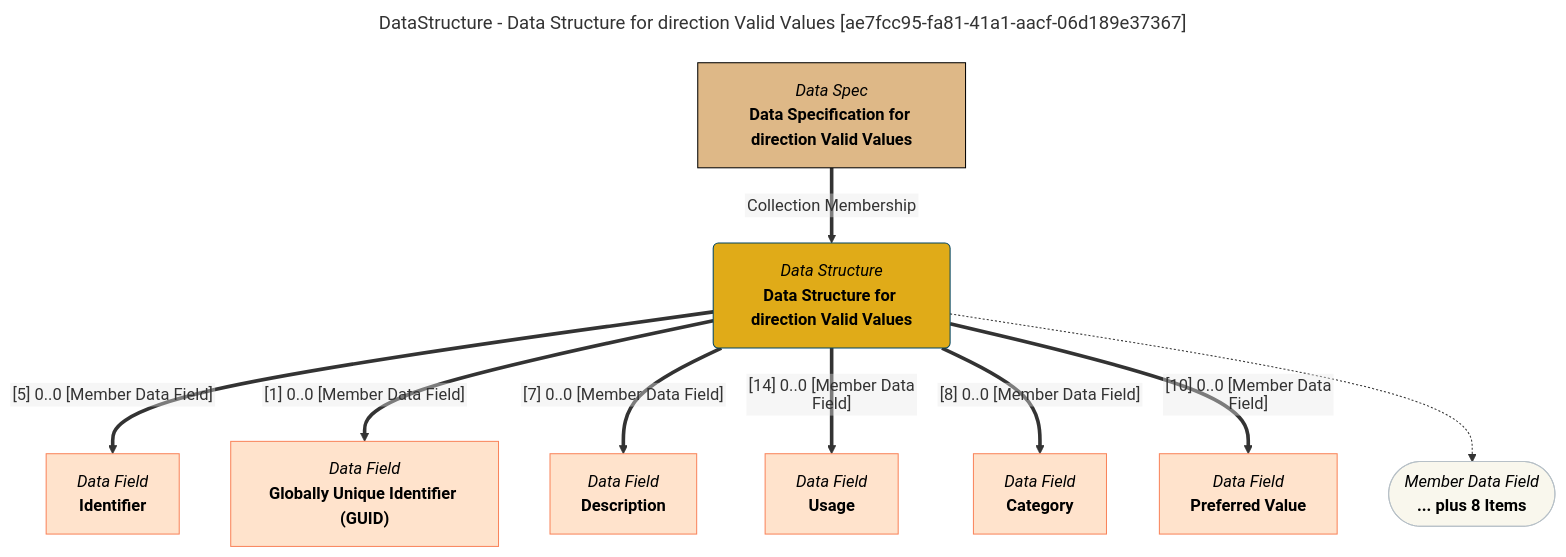
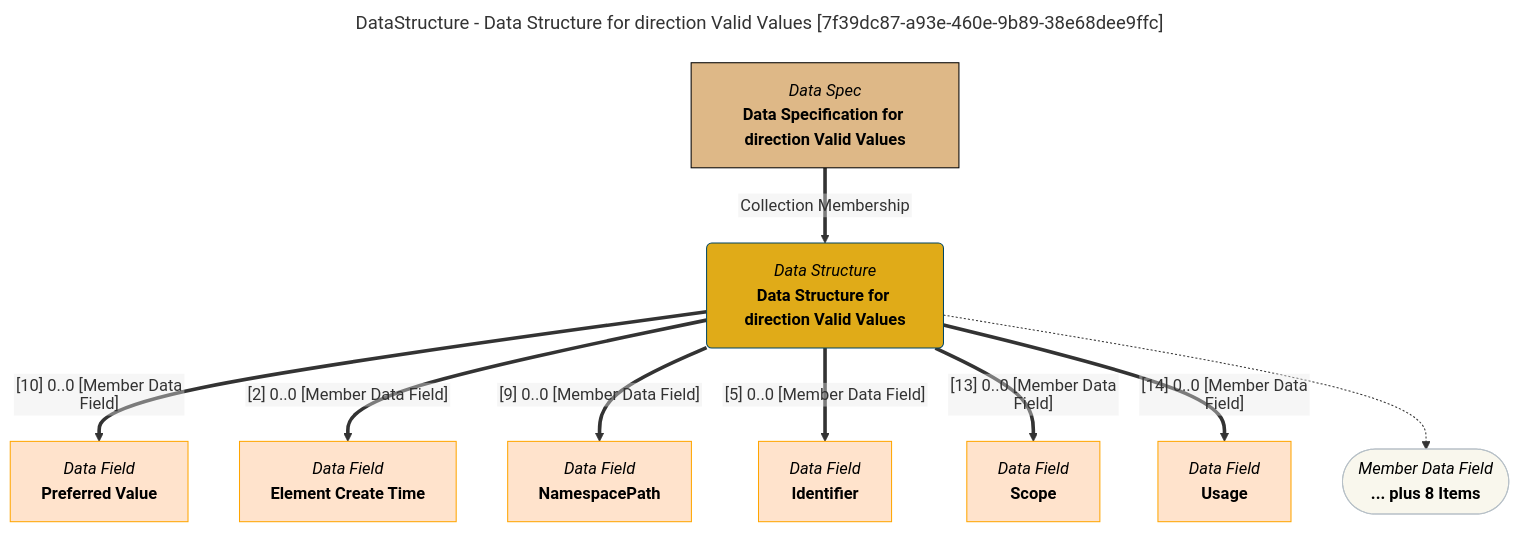
The diagram in site/snippets/data-structures/data-structure-for-direction-valid-values-mermaid-graph.md (odpi/egeria-docs), drawn with Mermaid before and after one commit. The commit also changed 2201 other files, not shown here.

````diff
--- a/site/snippets/data-structures/data-structure-for-direction-valid-values-mermaid-graph.md
+++ b/site/snippets/data-structures/data-structure-for-direction-valid-values-mermaid-graph.md
@@ -1,43 +1,43 @@
 ```mermaid
 ---
-title: DataStructure - Data Structure for direction Valid Values [ae7fcc95-fa81-41a1-aacf-06d189e37367]
+title: DataStructure - Data Structure for direction Valid Values [7f39dc87-a93e-460e-9b89-38e68dee9ffc]
 ---
 flowchart TD
 %%{init: {"flowchart": {"htmlLabels": false}} }%%
 
 1@{ shape: rounded, label: "*Data Structure*
 **Data Structure for direction Valid Values**"}
 2@{ shape: rect, label: "*Data Spec*
 **Data Specification for direction Valid Values**"}
 2==>|"Collection Membership"|1
 3@{ shape: rect, label: "*Data Field*
+**Preferred Value**"}
+1==>|"[10] 0..0 [Member Data Field]"|3
+4@{ shape: rect, label: "*Data Field*
+**Element Create Time**"}
+1==>|"[2] 0..0 [Member Data Field]"|4
+5@{ shape: rect, label: "*Data Field*
+**NamespacePath**"}
+1==>|"[9] 0..0 [Member Data Field]"|5
+6@{ shape: rect, label: "*Data Field*
 **Identifier**"}
-1==>|"[5] 0..0 [Member Data Field]"|3
-4@{ shape: rect, label: "*Data Field*
-**Globally Unique Identifier (GUID)**"}
-1==>|"[1] 0..0 [Member Data Field]"|4
-5@{ shape: rect, label: "*Data Field*
-**Description**"}
-1==>|"[7] 0..0 [Member Data Field]"|5
-6@{ shape: rect, label: "*Data Field*
+1==>|"[5] 0..0 [Member Data Field]"|6
+7@{ shape: rect, label: "*Data Field*
+**Scope**"}
+1==>|"[13] 0..0 [Member Data Field]"|7
+8@{ shape: rect, label: "*Data Field*
 **Usage**"}
-1==>|"[14] 0..0 [Member Data Field]"|6
-7@{ shape: rect, label: "*Data Field*
-**Category**"}
-1==>|"[8] 0..0 [Member Data Field]"|7
-8@{ shape: rect, label: "*Data Field*
-**Preferred Value**"}
-1==>|"[10] 0..0 [Member Data Field]"|8
+1==>|"[14] 0..0 [Member Data Field]"|8
 9@{ shape: stadium, label: "*Member Data Field*
 **... plus 8 Items**"}
 1-.->9
 style 1 color:#000000, fill:#e0ab18, stroke:#004563
-style 2 color:#000000, fill:#deb887, stroke:#000000
-style 3 color:#000000, fill:#ffe3cc, stroke:#f9845b
-style 4 color:#000000, fill:#ffe3cc, stroke:#f9845b
-style 5 color:#000000, fill:#ffe3cc, stroke:#f9845b
-style 6 color:#000000, fill:#ffe3cc, stroke:#f9845b
-style 7 color:#000000, fill:#ffe3cc, stroke:#f9845b
-style 8 color:#000000, fill:#ffe3cc, stroke:#f9845b
+style 2 color:#000000, fill:#DEB887, stroke:#000000
+style 3 color:#000000, fill:#ffe3cc, stroke:#FFA500
+style 4 color:#000000, fill:#ffe3cc, stroke:#FFA500
+style 5 color:#000000, fill:#ffe3cc, stroke:#FFA500
+style 6 color:#000000, fill:#ffe3cc, stroke:#FFA500
+style 7 color:#000000, fill:#ffe3cc, stroke:#FFA500
+style 8 color:#000000, fill:#ffe3cc, stroke:#FFA500
 style 9 color:#000000, fill:#F9F7ED, stroke:#b7c0c7
 ```
````
